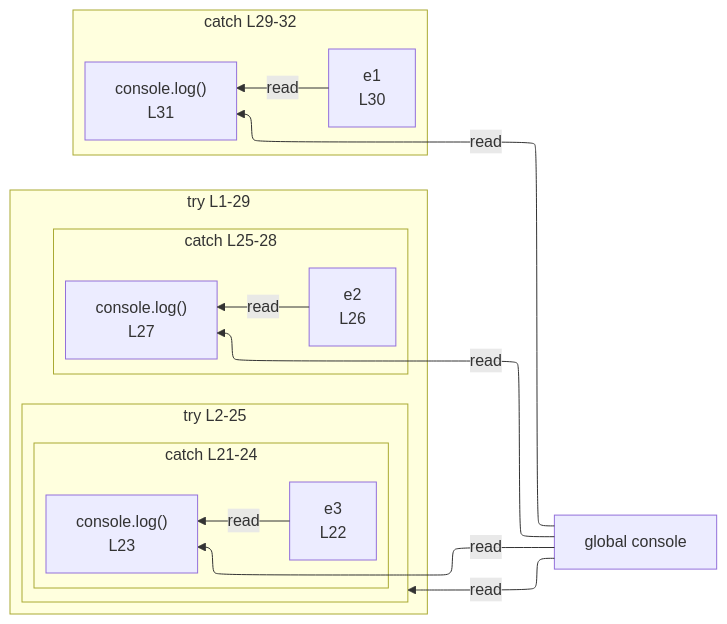
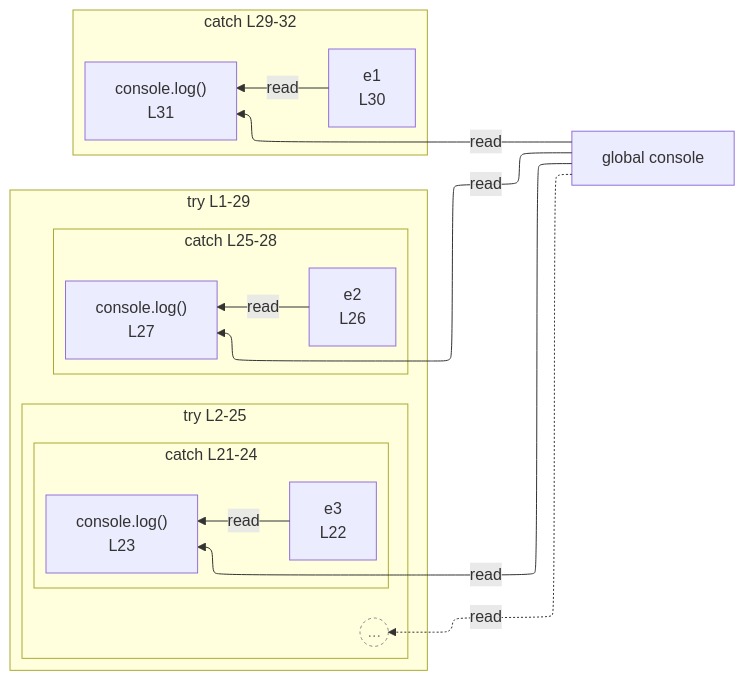
One commit to crescware/unsnarl changed the diagram in integration/fixtures/app-behavior/depth/try-catch-finally/depth-2/preview.md. Above: the diagram before and after it, drawn with Mermaid. The commit also changed 72 other files, not shown here.

First line of the commit message:
Render anonymous collapsed scopes as a BeyondDepth `((...))` stub

````diff
--- a/integration/fixtures/app-behavior/depth/try-catch-finally/depth-2/preview.md
+++ b/integration/fixtures/app-behavior/depth/try-catch-finally/depth-2/preview.md
@@ -42,33 +42,36 @@
 ```mermaid
 %%{init: {"flowchart": {"defaultRenderer": "elk"}}}%%
 flowchart RL
   n_scope_0_console_103["global console"]
   subgraph s_scope_1["try L1-29"]
     direction RL
     subgraph s_scope_2["try L2-25"]
       direction RL
+      beyond_depth_s_scope_2((...))
       subgraph s_scope_10["catch L21-24"]
         direction RL
         n_scope_10_e3_391["e3<br/>L22"]
         expr_stmt_408["console.log()<br/>L23"]
       end
     end
     subgraph s_scope_11["catch L25-28"]
       direction RL
       n_scope_11_e2_453["e2<br/>L26"]
       expr_stmt_468["console.log()<br/>L27"]
     end
   end
   subgraph s_scope_12["catch L29-32"]
     direction RL
     n_scope_12_e1_507["e1<br/>L30"]
     expr_stmt_520["console.log()<br/>L31"]
   end
-  n_scope_0_console_103 -->|read| s_scope_2
+  n_scope_0_console_103 -.->|read| beyond_depth_s_scope_2
   n_scope_0_console_103 -->|read| expr_stmt_408
   n_scope_10_e3_391 -->|read| expr_stmt_408
   n_scope_0_console_103 -->|read| expr_stmt_468
   n_scope_11_e2_453 -->|read| expr_stmt_468
   n_scope_0_console_103 -->|read| expr_stmt_520
   n_scope_12_e1_507 -->|read| expr_stmt_520
+  classDef boundaryStub fill:transparent,stroke:#888,stroke-dasharray:3 3,color:#888;
+  class beyond_depth_s_scope_2 boundaryStub;
 ```
````
